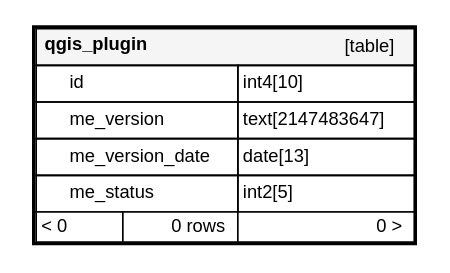
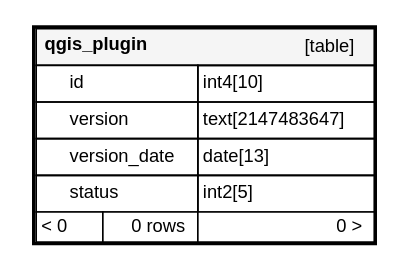
One commit to 3liz/qgis-pgmetadata-plugin changed the diagram in docs/database/diagrams/orphans/qgis_plugin.1degree.dot. Above: the diagram before and after it, drawn with Graphviz. The commit also changed 15 other files, not shown here.

```diff
--- a/docs/database/diagrams/orphans/qgis_plugin.1degree.dot
+++ b/docs/database/diagrams/orphans/qgis_plugin.1degree.dot
@@ -1,33 +1,33 @@
 digraph "qgis_plugin" {
   graph [
     rankdir="RL"
     bgcolor="#ffffff"
     nodesep="0.18"
     ranksep="0.46"
     fontname="Helvetica"
     fontsize="11"
     ration="compress"
   ];
   node [
     fontname="Helvetica"
     fontsize="11"
     shape="plaintext"
   ];
   edge [
     arrowsize="0.8"
   ];
   "qgis_plugin" [
    label=<
     <TABLE BORDER="2" CELLBORDER="1" CELLSPACING="0" BGCOLOR="#ffffff">
       <TR><TD COLSPAN="4"  BGCOLOR="#f5f5f5"><TABLE BORDER="0" CELLSPACING="0"><TR><TD ALIGN="LEFT"><B>qgis_plugin</B></TD><TD ALIGN="RIGHT">[table]</TD></TR></TABLE></TD></TR>
-      <TR><TD PORT="id" COLSPAN="2" ALIGN="LEFT"><TABLE BORDER="0" CELLSPACING="0" ALIGN="LEFT"><TR ALIGN="LEFT"><TD ALIGN="LEFT" FIXEDSIZE="TRUE" WIDTH="15" HEIGHT="16"></TD><TD ALIGN="LEFT" FIXEDSIZE="TRUE" WIDTH="100" HEIGHT="16">id</TD></TR></TABLE></TD><TD PORT="id.type" ALIGN="LEFT">int4[10]</TD></TR>
-      <TR><TD PORT="me_version" COLSPAN="2" ALIGN="LEFT"><TABLE BORDER="0" CELLSPACING="0" ALIGN="LEFT"><TR ALIGN="LEFT"><TD ALIGN="LEFT" FIXEDSIZE="TRUE" WIDTH="15" HEIGHT="16"></TD><TD ALIGN="LEFT" FIXEDSIZE="TRUE" WIDTH="100" HEIGHT="16">me_version</TD></TR></TABLE></TD><TD PORT="me_version.type" ALIGN="LEFT">text[2147483647]</TD></TR>
-      <TR><TD PORT="me_version_date" COLSPAN="2" ALIGN="LEFT"><TABLE BORDER="0" CELLSPACING="0" ALIGN="LEFT"><TR ALIGN="LEFT"><TD ALIGN="LEFT" FIXEDSIZE="TRUE" WIDTH="15" HEIGHT="16"></TD><TD ALIGN="LEFT" FIXEDSIZE="TRUE" WIDTH="100" HEIGHT="16">me_version_date</TD></TR></TABLE></TD><TD PORT="me_version_date.type" ALIGN="LEFT">date[13]</TD></TR>
-      <TR><TD PORT="me_status" COLSPAN="2" ALIGN="LEFT"><TABLE BORDER="0" CELLSPACING="0" ALIGN="LEFT"><TR ALIGN="LEFT"><TD ALIGN="LEFT" FIXEDSIZE="TRUE" WIDTH="15" HEIGHT="16"></TD><TD ALIGN="LEFT" FIXEDSIZE="TRUE" WIDTH="100" HEIGHT="16">me_status</TD></TR></TABLE></TD><TD PORT="me_status.type" ALIGN="LEFT">int2[5]</TD></TR>
+      <TR><TD PORT="id" COLSPAN="2" BGCOLOR="#ffffff" ALIGN="LEFT"><TABLE BORDER="0" CELLSPACING="0" ALIGN="LEFT"><TR ALIGN="LEFT"><TD ALIGN="LEFT" FIXEDSIZE="TRUE" WIDTH="15" HEIGHT="16"></TD><TD ALIGN="LEFT" FIXEDSIZE="TRUE" WIDTH="76" HEIGHT="16">id</TD></TR></TABLE></TD><TD PORT="id.type" ALIGN="LEFT">int4[10]</TD></TR>
+      <TR><TD PORT="version" COLSPAN="2" ALIGN="LEFT"><TABLE BORDER="0" CELLSPACING="0" ALIGN="LEFT"><TR ALIGN="LEFT"><TD ALIGN="LEFT" FIXEDSIZE="TRUE" WIDTH="15" HEIGHT="16"></TD><TD ALIGN="LEFT" FIXEDSIZE="TRUE" WIDTH="76" HEIGHT="16">version</TD></TR></TABLE></TD><TD PORT="version.type" ALIGN="LEFT">text[2147483647]</TD></TR>
+      <TR><TD PORT="version_date" COLSPAN="2" ALIGN="LEFT"><TABLE BORDER="0" CELLSPACING="0" ALIGN="LEFT"><TR ALIGN="LEFT"><TD ALIGN="LEFT" FIXEDSIZE="TRUE" WIDTH="15" HEIGHT="16"></TD><TD ALIGN="LEFT" FIXEDSIZE="TRUE" WIDTH="76" HEIGHT="16">version_date</TD></TR></TABLE></TD><TD PORT="version_date.type" ALIGN="LEFT">date[13]</TD></TR>
+      <TR><TD PORT="status" COLSPAN="2" ALIGN="LEFT"><TABLE BORDER="0" CELLSPACING="0" ALIGN="LEFT"><TR ALIGN="LEFT"><TD ALIGN="LEFT" FIXEDSIZE="TRUE" WIDTH="15" HEIGHT="16"></TD><TD ALIGN="LEFT" FIXEDSIZE="TRUE" WIDTH="76" HEIGHT="16">status</TD></TR></TABLE></TD><TD PORT="status.type" ALIGN="LEFT">int2[5]</TD></TR>
       <TR><TD ALIGN="LEFT" BGCOLOR="#ffffff">&lt; 0</TD><TD ALIGN="RIGHT" BGCOLOR="#ffffff">0 rows</TD><TD ALIGN="RIGHT" BGCOLOR="#ffffff">0 &gt;</TD></TR>
     </TABLE>>
     URL="tables/qgis_plugin.html"
     target="_top"
     tooltip="qgis_plugin"
   ];
 }
```
